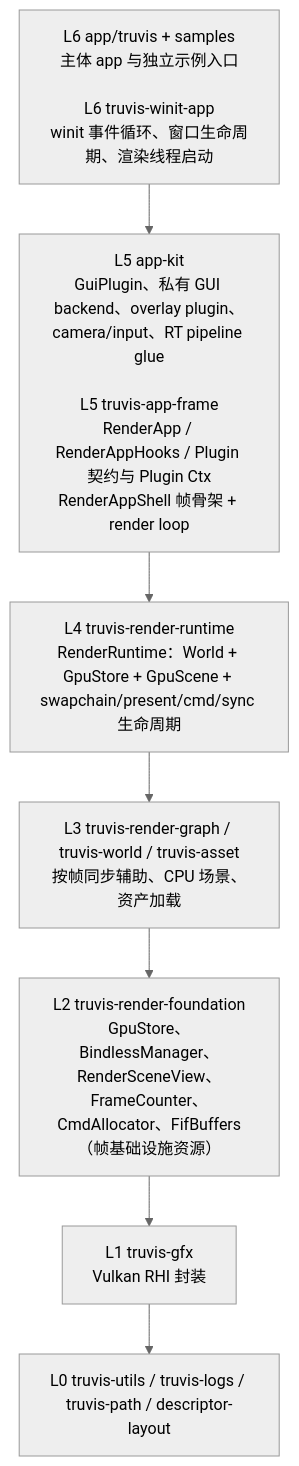
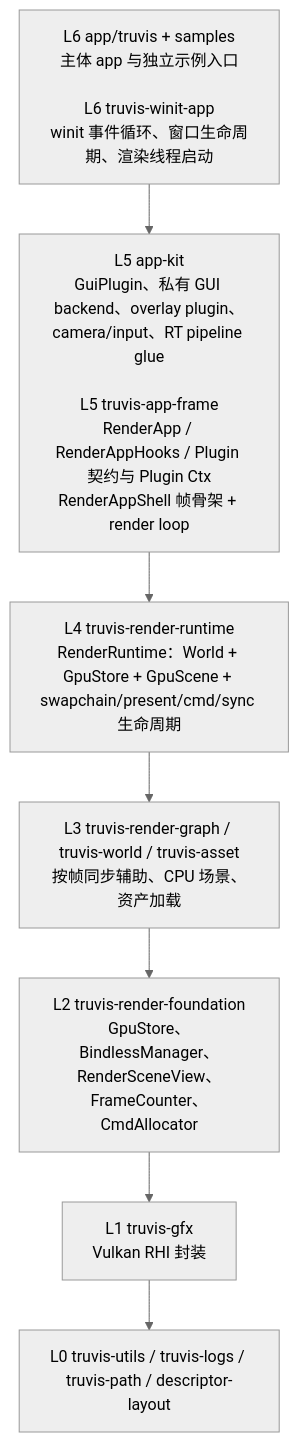
Before and after one commit to acccoco/TruvisRenderer: the first of 7 diagrams in ARCHITECTURE.md, drawn with Mermaid (neutral theme). The commit also changed other lines of this file and 18 other files, not shown here.

````diff
--- a/ARCHITECTURE.md
+++ b/ARCHITECTURE.md
@@ -9,12 +9,12 @@
 ```mermaid
 flowchart TB
     L6["L6 app/truvis + samples<br/>主体 app 与独立示例入口<br/><br/>L6 truvis-winit-app<br/>winit 事件循环、窗口生命周期、渲染线程启动"]
     L5["L5 app-kit<br/>GuiPlugin、私有 GUI backend、overlay plugin、camera/input、RT pipeline glue<br/><br/>L5 truvis-app-frame<br/>RenderApp / RenderAppHooks / Plugin 契约与 Plugin Ctx<br/>RenderAppShell 帧骨架 + render loop"]
     L4["L4 truvis-render-runtime<br/>RenderRuntime：World + GpuStore + GpuScene + swapchain/present/cmd/sync 生命周期"]
     L3["L3 truvis-render-graph / truvis-world / truvis-asset<br/>按帧同步辅助、CPU 场景、资产加载"]
-    L2["L2 truvis-render-foundation<br/>GpuStore、BindlessManager、RenderSceneView、FrameCounter、CmdAllocator、FifBuffers（帧基础设施资源）"]
+    L2["L2 truvis-render-foundation<br/>GpuStore、BindlessManager、RenderSceneView、FrameCounter、CmdAllocator"]
     L1["L1 truvis-gfx<br/>Vulkan RHI 封装"]
     L0["L0 truvis-utils / truvis-logs / truvis-path / descriptor-layout"]
 
     L6 --> L5 --> L4 --> L3 --> L2 --> L1 --> L0
 ```
````
